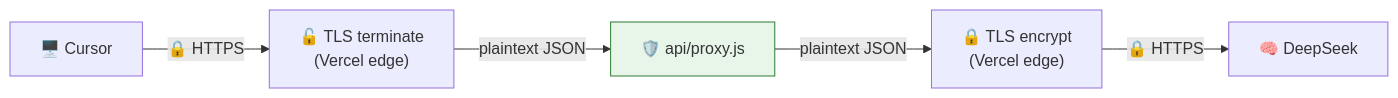
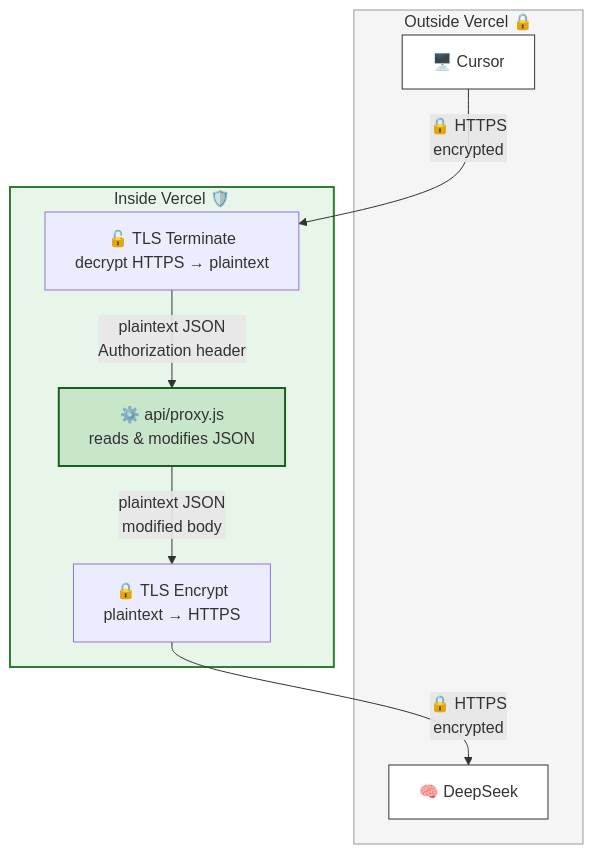
Before and after one commit to lqdflying/cursorProxy: the second of 2 diagrams in README.md, drawn with Mermaid. The commit also changed other lines of this file, not shown here.

Commit message:
docs: redesign TLS diagram with inside/outside Vercel grouping

````diff
--- a/README.md
+++ b/README.md
@@ -70,9 +70,24 @@
 ```mermaid
-flowchart LR
-    C["🖥️ Cursor"] -->|"🔒 HTTPS"| VT["🔓 TLS terminate<br/>(Vercel edge)"]
-    VT -->|"plaintext JSON"| P["🛡️ api/proxy.js"]
-    P -->|"plaintext JSON"| VE["🔒 TLS encrypt<br/>(Vercel edge)"]
-    VE -->|"🔒 HTTPS"| D["🧠 DeepSeek"]
+flowchart TB
+    subgraph Outside["Outside Vercel 🔒"]
+        C["🖥️ Cursor"]
+        D["🧠 DeepSeek"]
+    end
 
-    style P fill:#e8f5e9,stroke:#2e7d32
+    subgraph Inside["Inside Vercel 🛡️"]
+        VT["🔓 TLS Terminate<br/>decrypt HTTPS → plaintext"]
+        P["⚙️ api/proxy.js<br/>reads & modifies JSON"]
+        VE["🔒 TLS Encrypt<br/>plaintext → HTTPS"]
+    end
+
+    C -->|"🔒 HTTPS<br/>encrypted"| VT
+    VT -->|"plaintext JSON<br/>Authorization header"| P
+    P -->|"plaintext JSON<br/>modified body"| VE
+    VE -->|"🔒 HTTPS<br/>encrypted"| D
+
+    style Inside fill:#e8f5e9,stroke:#2e7d32,stroke-width:2px
+    style Outside fill:#f5f5f5,stroke:#999
+    style C fill:#fff,stroke:#333
+    style D fill:#fff,stroke:#333
+    style P fill:#c8e6c9,stroke:#1b5e20,stroke-width:2px
 ```
````
